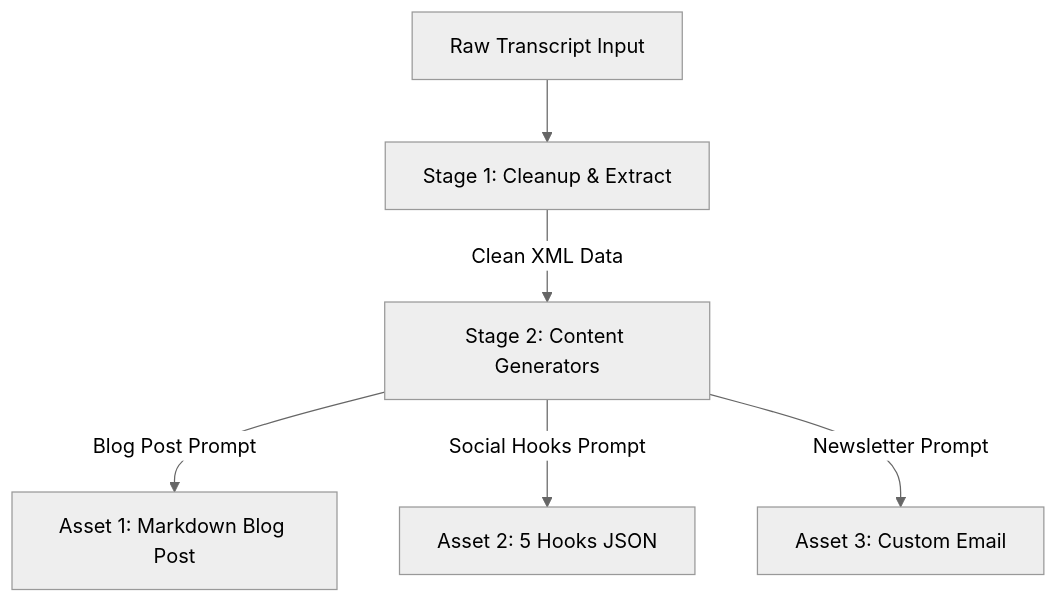
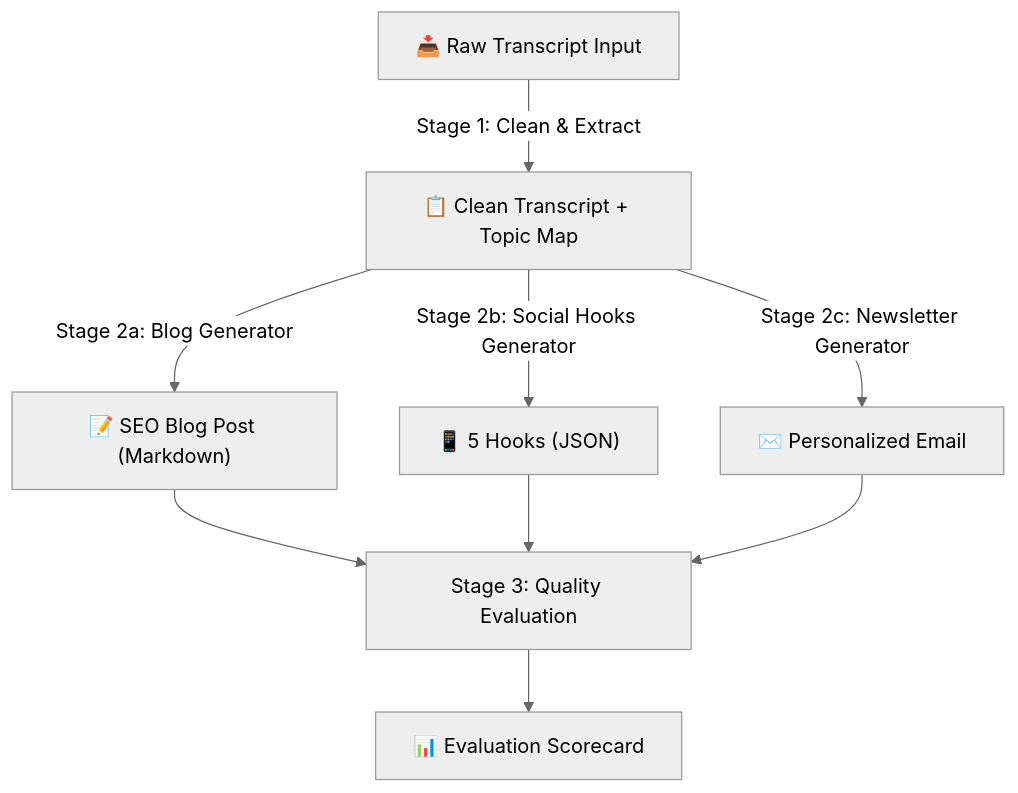
Before and after one commit to vinod-seth/Prompt-Engineering-Mastery: the diagram in tutorial/09-capstone-project.mdx, drawn with Mermaid (neutral theme). The commit also changed other lines of this file and 10 other files, not shown here.

````diff
--- a/tutorial/09-capstone-project.mdx
+++ b/tutorial/09-capstone-project.mdx
@@ -24,8 +28,12 @@
 ```mermaid
 graph TD
-    A[Raw Transcript Input] --> B[Stage 1: Cleanup & Extract]
-    B -->|Clean XML Data| C[Stage 2: Content Generators]
-    C -->|Blog Post Prompt| D[Asset 1: Markdown Blog Post]
-    C -->|Social Hooks Prompt| E[Asset 2: 5 Hooks JSON]
-    C -->|Newsletter Prompt| F[Asset 3: Custom Email]
+    A["📥 Raw Transcript Input"] -->|"Stage 1: Clean & Extract"| B["📋 Clean Transcript + Topic Map"]
+    B -->|"Stage 2a: Blog Generator"| C["📝 SEO Blog Post (Markdown)"]
+    B -->|"Stage 2b: Social Hooks Generator"| D["📱 5 Hooks (JSON)"]
+    B -->|"Stage 2c: Newsletter Generator"| E["✉️ Personalized Email"]
+    
+    C --> F["Stage 3: Quality Evaluation"]
+    D --> F
+    E --> F
+    F --> G["📊 Evaluation Scorecard"]
 ```
````
